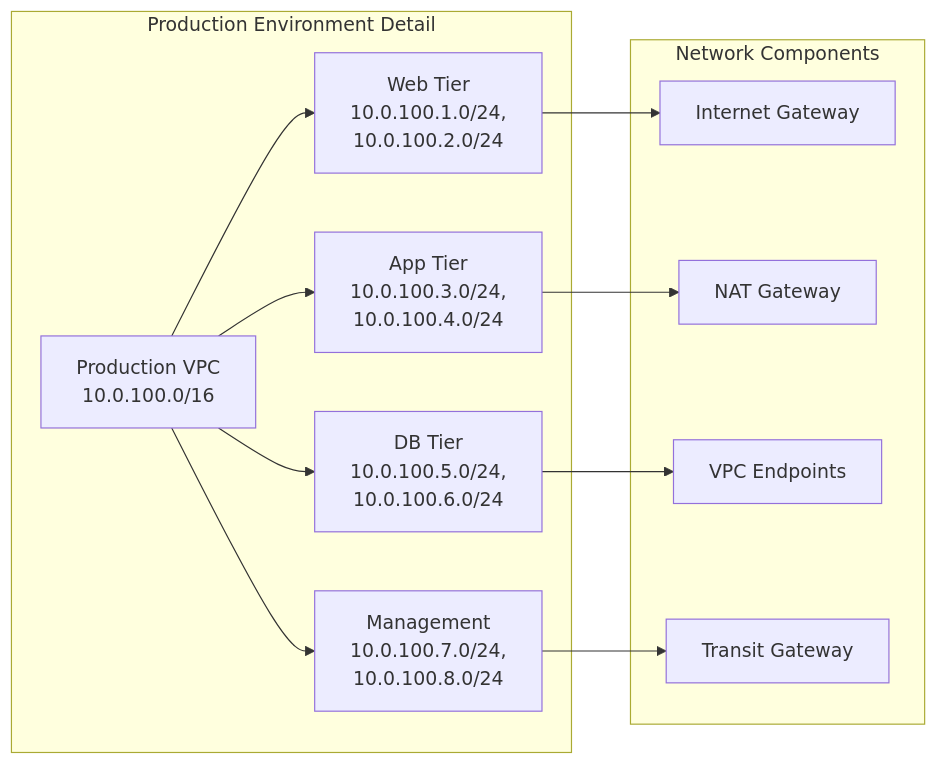
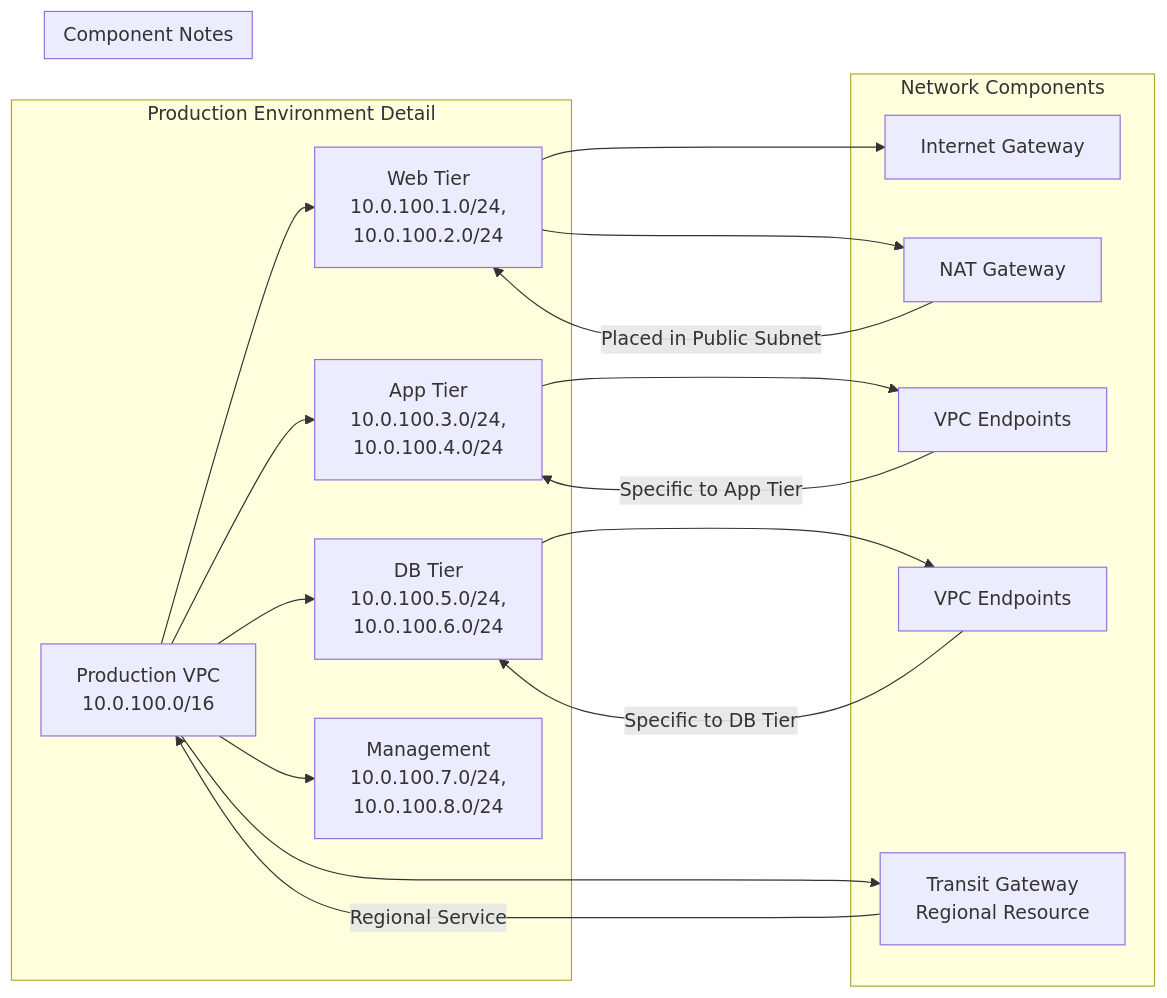
One commit to ZSoftly/enterprise-cloud-network-architecture changed the diagram in diagrams/regional-design.md. Above: the diagram before and after it, drawn with Mermaid. The commit also changed other lines of this file, not shown here.

````diff
--- a/diagrams/regional-design.md
+++ b/diagrams/regional-design.md
@@ -3,16 +3,24 @@
 ```mermaid
 graph LR
     subgraph "Production Environment Detail"
         PROD[Production VPC<br>10.0.100.0/16] --> WEB[Web Tier<br>10.0.100.1.0/24,<br>10.0.100.2.0/24]
         PROD --> APP[App Tier<br>10.0.100.3.0/24,<br>10.0.100.4.0/24]
         PROD --> DB[DB Tier<br>10.0.100.5.0/24,<br>10.0.100.6.0/24]
         PROD --> MGT[Management<br>10.0.100.7.0/24,<br>10.0.100.8.0/24]
     end
 
     subgraph "Network Components"
         WEB --> IGW[Internet Gateway]
-        APP --> NAT[NAT Gateway]
-        DB --> EP[VPC Endpoints]
-        MGT --> TG[Transit Gateway]
+        WEB --> NAT[NAT Gateway]
+        APP --> VPE1[VPC Endpoints]
+        DB --> VPE2[VPC Endpoints]
+        PROD --> TGW[Transit Gateway<br>Regional Resource]
+    end
+
+    subgraph "Component Notes"
+        NAT -->|"Placed in Public Subnet"| WEB
+        VPE1 -->|"Specific to App Tier"| APP
+        VPE2 -->|"Specific to DB Tier"| DB
+        TGW -->|"Regional Service"| PROD
     end
 ```
````
